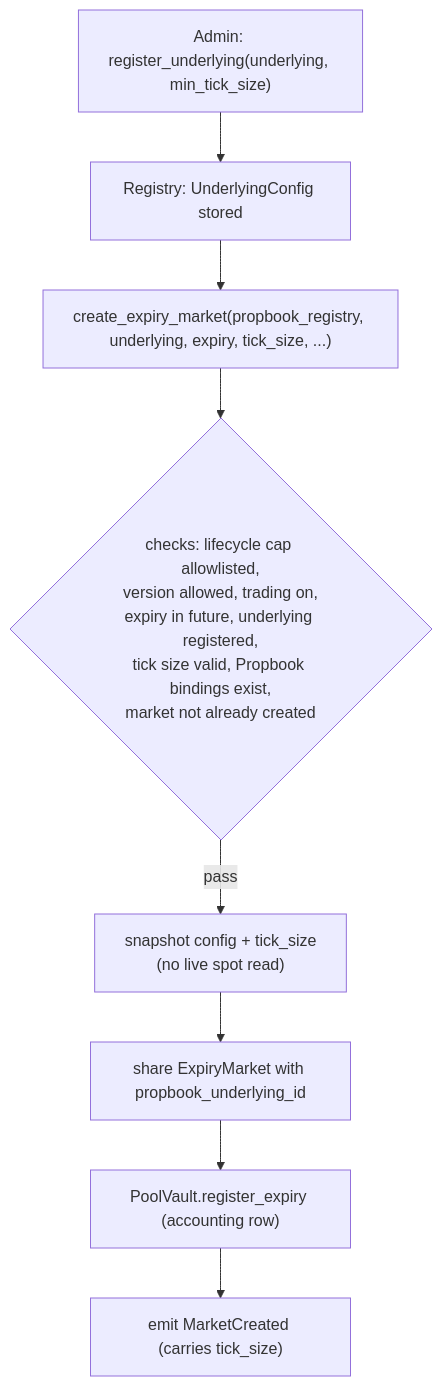
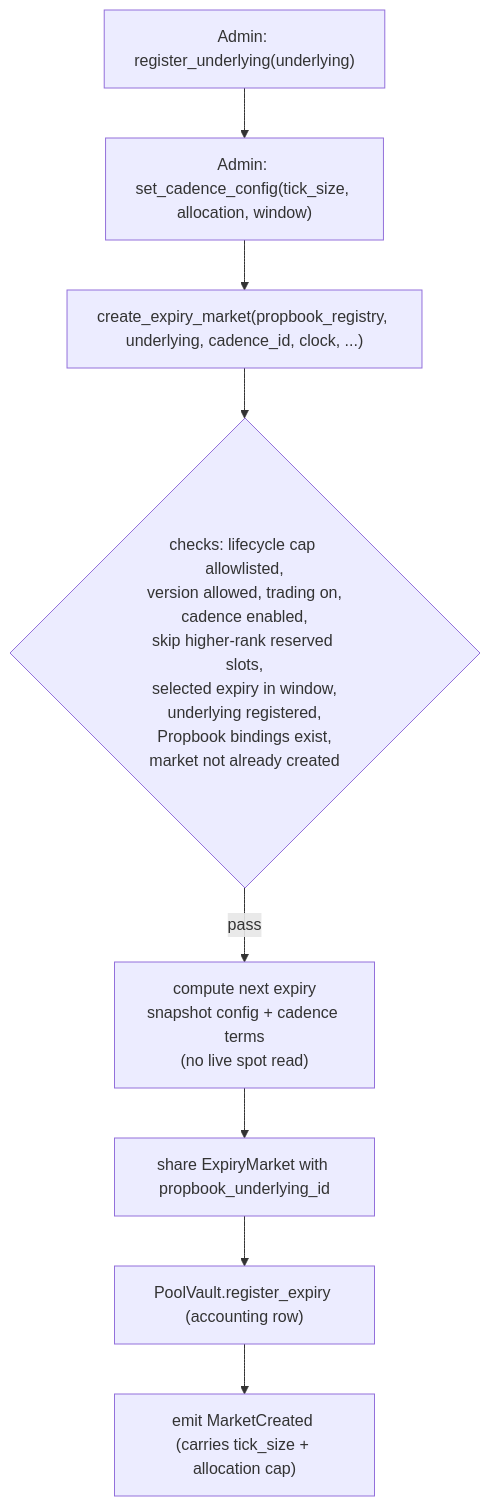
One commit to MystenLabs/deepbookv3 changed the first of 2 diagrams in packages/predict/docs/concepts/markets-and-positions.md. Above: the diagram before and after it, drawn with Mermaid. The commit also changed other lines of this file and 34 other files, not shown here.

First line of the commit message:
Refactor Predict market cadence deployment (#1079)

````diff
--- a/packages/predict/docs/concepts/markets-and-positions.md
+++ b/packages/predict/docs/concepts/markets-and-positions.md
@@ -25,10 +26,10 @@
 ```mermaid
 flowchart TD
-  A["Admin: register_underlying(underlying, min_tick_size)"] --> B["Registry: UnderlyingConfig stored"]
-  B --> C["create_expiry_market(propbook_registry, underlying, expiry, tick_size, ...)"]
-  C --> D{"checks: lifecycle cap allowlisted,<br/>version allowed, trading on,<br/>expiry in future, underlying registered,<br/>tick size valid, Propbook bindings exist,<br/>market not already created"}
-  D -->|pass| E["snapshot config + tick_size<br/>(no live spot read)"]
+  A["Admin: register_underlying(underlying)"] --> B["Admin: set_cadence_config(tick_size, allocation, window)"]
+  B --> C["create_expiry_market(propbook_registry, underlying, cadence_id, clock, ...)"]
+  C --> D{"checks: lifecycle cap allowlisted,<br/>version allowed, trading on,<br/>cadence enabled,<br/>skip higher-rank reserved slots,<br/>selected expiry in window,<br/>underlying registered,<br/>Propbook bindings exist,<br/>market not already created"}
+  D -->|pass| E["compute next expiry<br/>snapshot config + cadence terms<br/>(no live spot read)"]
   E --> F["share ExpiryMarket with propbook_underlying_id"]
   F --> G["PoolVault.register_expiry (accounting row)"]
-  G --> H["emit MarketCreated (carries tick_size)"]
+  G --> H["emit MarketCreated (carries tick_size + allocation cap)"]
 ```
````
